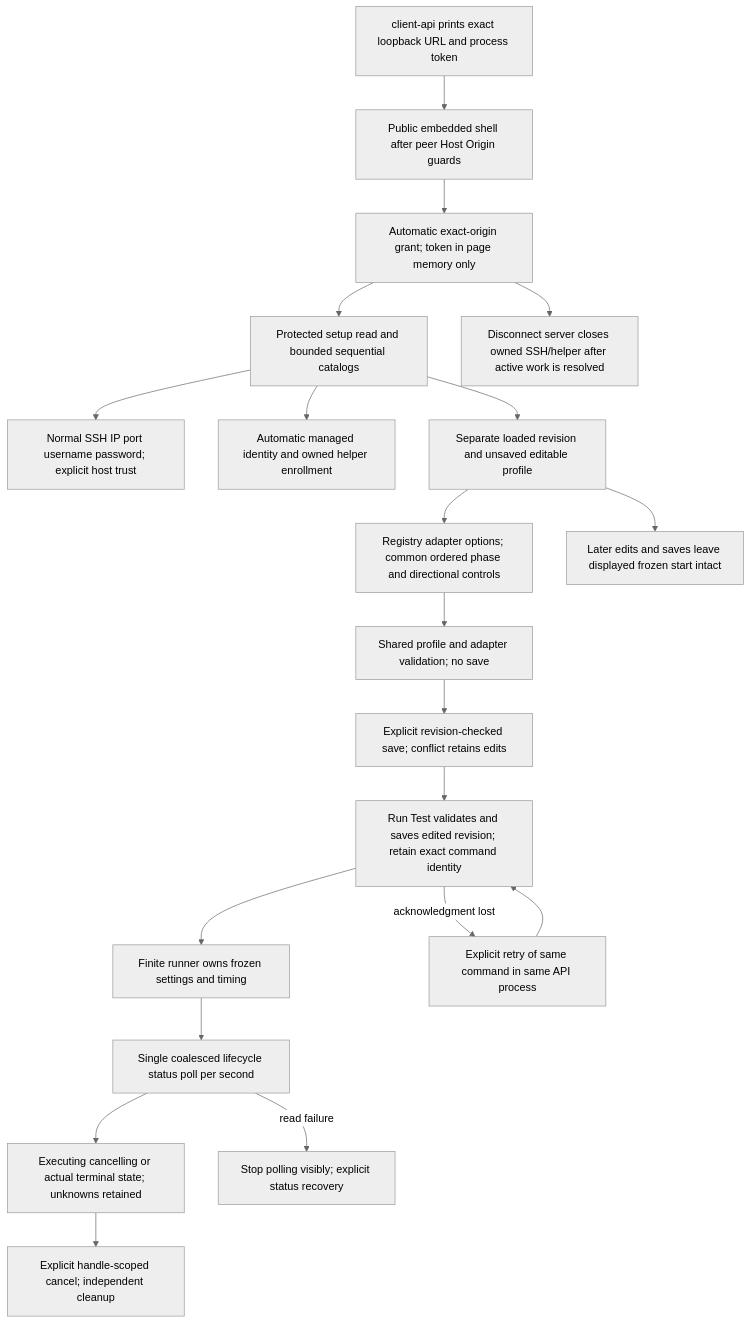
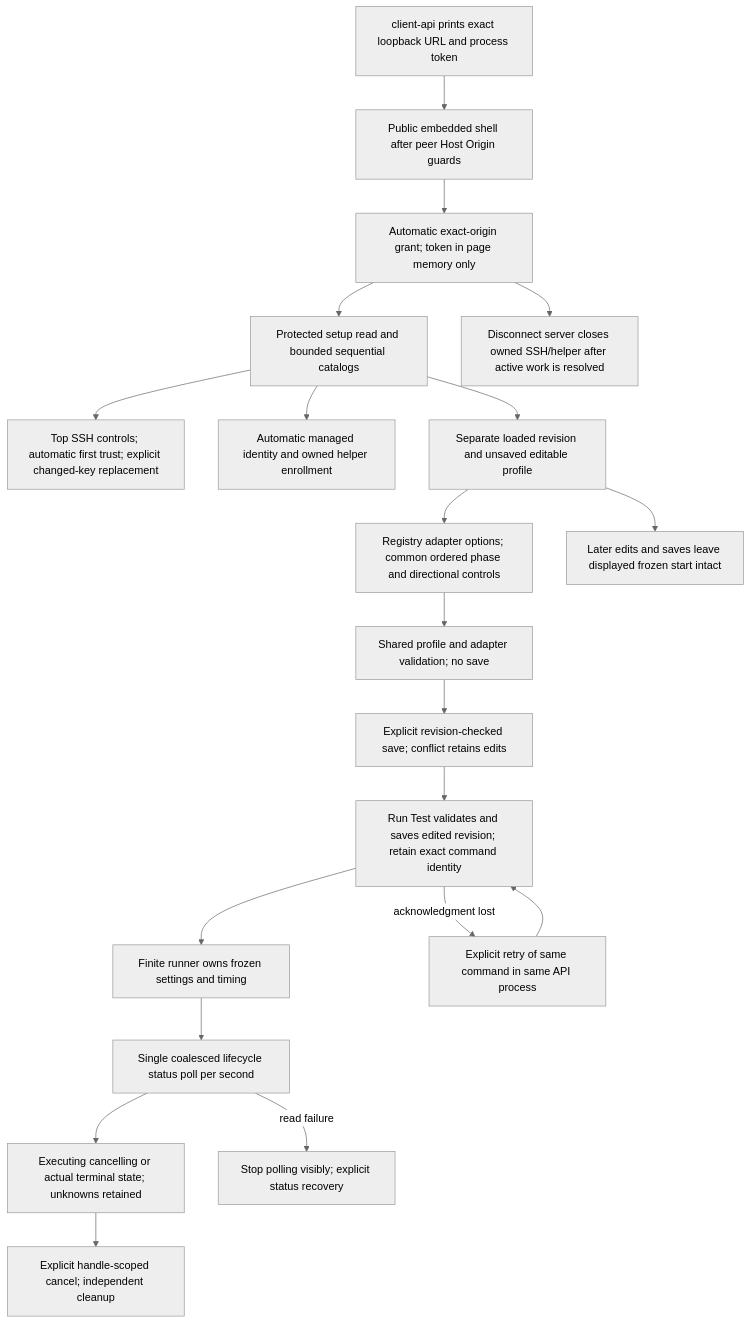
One commit to rashidbestry/sneaky-port changed diagram 16 of 26 in FLOWCHART.md. Above: the diagram before and after it, drawn with Mermaid (neutral theme). The commit also changed other lines of this file and 38 other files, not shown here.

````diff
--- a/FLOWCHART.md
+++ b/FLOWCHART.md
@@ -413,22 +413,22 @@
 ```mermaid
 flowchart TD
     A[client-api prints exact loopback URL and process token] --> B[Public embedded shell after peer Host Origin guards]
     B --> C[Automatic exact-origin grant; token in page memory only]
     C --> D[Protected setup read and bounded sequential catalogs]
-    D --> E[Normal SSH IP port username password; explicit host trust]
+    D --> E[Top SSH controls; automatic first trust; explicit changed-key replacement]
     D --> F[Automatic managed identity and owned helper enrollment]
     D --> G[Separate loaded revision and unsaved editable profile]
     G --> H[Registry adapter options; common ordered phase and directional controls]
     H --> I[Shared profile and adapter validation; no save]
     I --> J[Explicit revision-checked save; conflict retains edits]
     J --> K[Run Test validates and saves edited revision; retain exact command identity]
     K --> L[Finite runner owns frozen settings and timing]
     K -->|acknowledgment lost| M[Explicit retry of same command in same API process]
     M --> K
     L --> N[Single coalesced lifecycle status poll per second]
     N --> O[Executing cancelling or actual terminal state; unknowns retained]
     O --> P[Explicit handle-scoped cancel; independent cleanup]
     G --> Q[Later edits and saves leave displayed frozen start intact]
     N -->|read failure| R[Stop polling visibly; explicit status recovery]
     C --> S[Disconnect server closes owned SSH/helper after active work is resolved]
 ```
````
